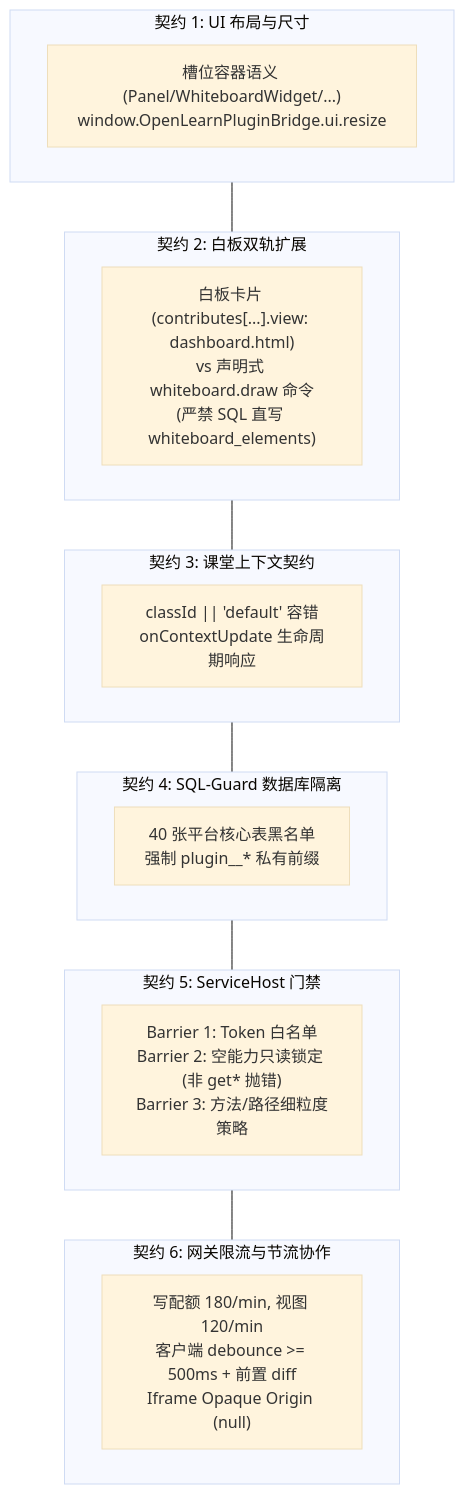
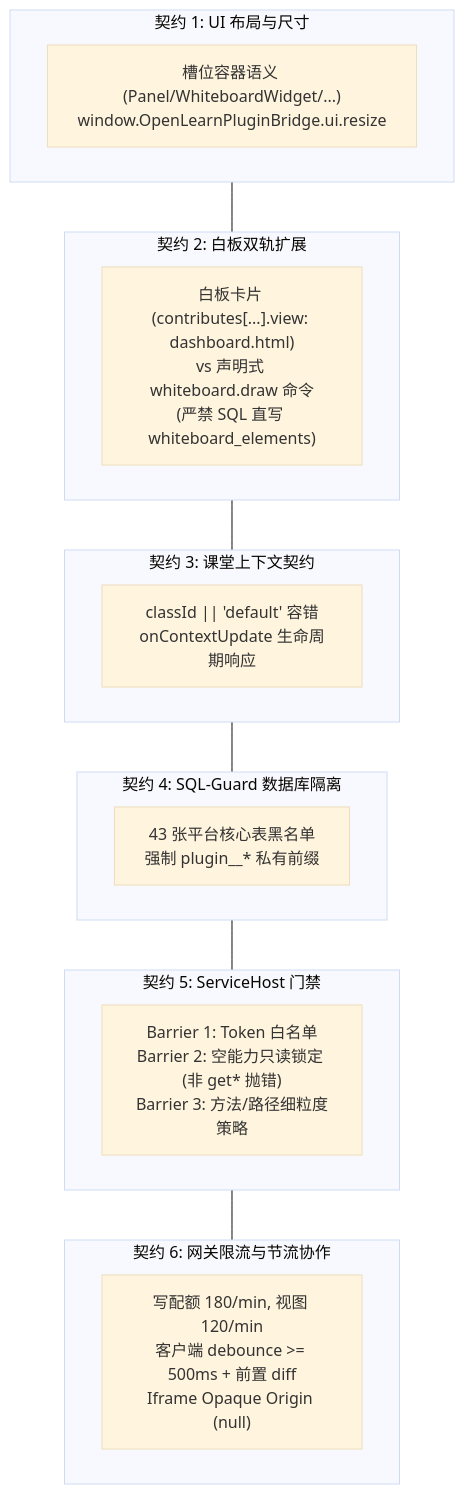
Before and after one commit to aymwoo/OpenLearn-Next-V2: the diagram in docs/reference/plugin-architecture-contracts.md, drawn with Mermaid (base theme). The commit also changed other lines of this file and 28 other files, not shown here.

````diff
--- a/docs/reference/plugin-architecture-contracts.md
+++ b/docs/reference/plugin-architecture-contracts.md
@@ -21,23 +21,23 @@
 ```mermaid
 graph TD
     subgraph UI ["契约 1: UI 布局与尺寸"]
         C1["槽位容器语义 (Panel/WhiteboardWidget/...)<br/>window.OpenLearnPluginBridge.ui.resize"]
     end
     subgraph WB ["契约 2: 白板双轨扩展"]
         C2["白板卡片 (contributes[...].view: dashboard.html)<br/>vs 声明式 whiteboard.draw 命令<br/>(严禁 SQL 直写 whiteboard_elements)"]
     end
     subgraph CTX ["契约 3: 课堂上下文契约"]
         C3["classId || 'default' 容错<br/>onContextUpdate 生命周期响应"]
     end
     subgraph DB ["契约 4: SQL-Guard 数据库隔离"]
-        C4["40 张平台核心表黑名单<br/>强制 plugin_<scopeId>_* 私有前缀"]
+        C4["43 张平台核心表黑名单<br/>强制 plugin_<scopeId>_* 私有前缀"]
     end
     subgraph RPC ["契约 5: ServiceHost 门禁"]
         C5["Barrier 1: Token 白名单<br/>Barrier 2: 空能力只读锁定 (非 get* 抛错)<br/>Barrier 3: 方法/路径细粒度策略"]
     end
     subgraph GW ["契约 6: 网关限流与节流协作"]
         C6["写配额 180/min, 视图 120/min<br/>客户端 debounce >= 500ms + 前置 diff<br/>Iframe Opaque Origin (null)"]
     end
 
     UI --- WB --- CTX --- DB --- RPC --- GW
 ```
````
